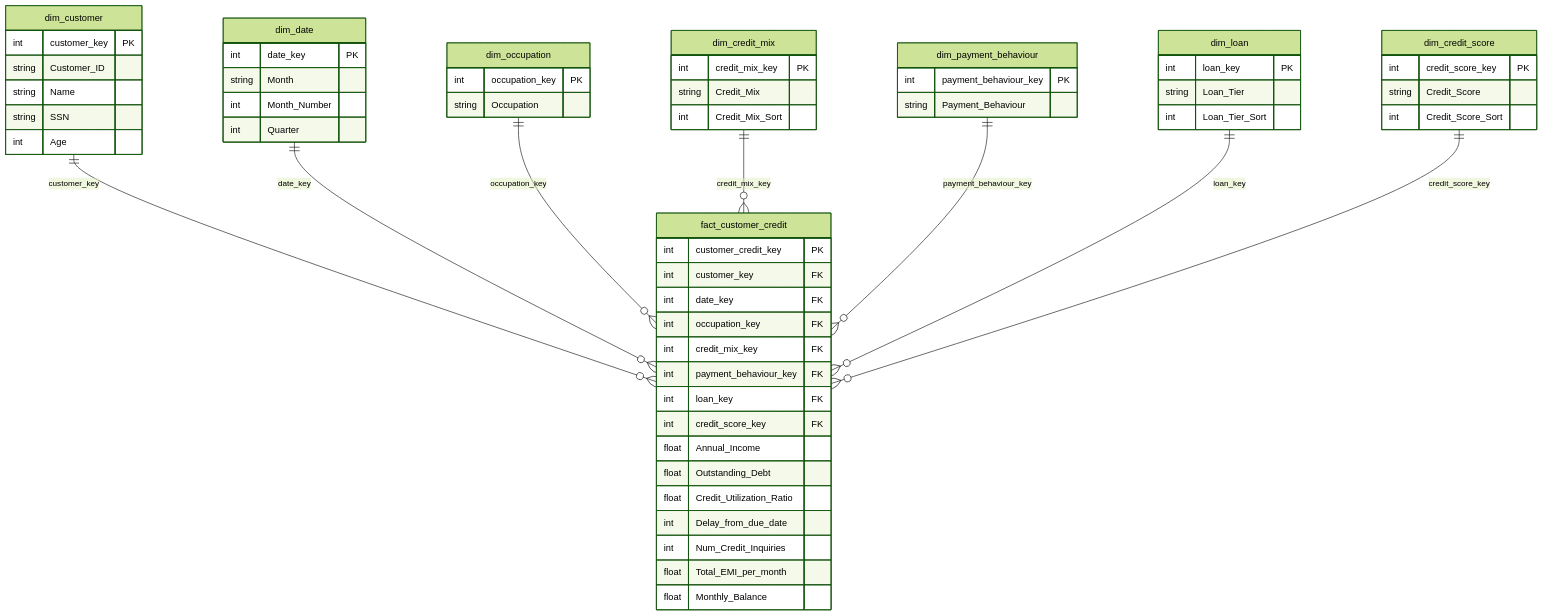
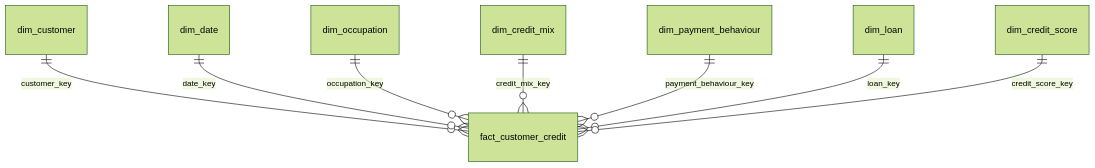
Before and after one commit to anumodit740/Financial-Credit-Risk-Analytics: the second of 2 diagrams in README.md, drawn with Mermaid (forest theme). The commit also changed other lines of this file, not shown here.

````diff
--- a/README.md
+++ b/README.md
@@ -102,64 +215,11 @@
 ```mermaid
 erDiagram
-    dim_customer ||--o{ fact_customer_credit : customer_key
-    dim_date ||--o{ fact_customer_credit : date_key
-    dim_occupation ||--o{ fact_customer_credit : occupation_key
-    dim_credit_mix ||--o{ fact_customer_credit : credit_mix_key
-    dim_payment_behaviour ||--o{ fact_customer_credit : payment_behaviour_key
-    dim_loan ||--o{ fact_customer_credit : loan_key
-    dim_credit_score ||--o{ fact_customer_credit : credit_score_key
 
-    dim_customer {
-        int customer_key PK
-        string Customer_ID
-        string Name
-        string SSN
-        int Age
-    }
-    dim_date {
-        int date_key PK
-        string Month
-        int Month_Number
-        int Quarter
-    }
-    dim_occupation {
-        int occupation_key PK
-        string Occupation
-    }
-    dim_credit_mix {
-        int credit_mix_key PK
-        string Credit_Mix
-        int Credit_Mix_Sort
-    }
-    dim_payment_behaviour {
-        int payment_behaviour_key PK
-        string Payment_Behaviour
-    }
-    dim_loan {
-        int loan_key PK
-        string Loan_Tier
-        int Loan_Tier_Sort
-    }
-    dim_credit_score {
-        int credit_score_key PK
-        string Credit_Score
-        int Credit_Score_Sort
-    }
-    fact_customer_credit {
-        int customer_credit_key PK
-        int customer_key FK
-        int date_key FK
-        int occupation_key FK
-        int credit_mix_key FK
-        int payment_behaviour_key FK
-        int loan_key FK
-        int credit_score_key FK
-        float Annual_Income
-        float Outstanding_Debt
-        float Credit_Utilization_Ratio
-        int Delay_from_due_date
-        int Num_Credit_Inquiries
-        float Total_EMI_per_month
-        float Monthly_Balance
-    }
+dim_customer ||--o{ fact_customer_credit : customer_key
+dim_date ||--o{ fact_customer_credit : date_key
+dim_occupation ||--o{ fact_customer_credit : occupation_key
+dim_credit_mix ||--o{ fact_customer_credit : credit_mix_key
+dim_payment_behaviour ||--o{ fact_customer_credit : payment_behaviour_key
+dim_loan ||--o{ fact_customer_credit : loan_key
+dim_credit_score ||--o{ fact_customer_credit : credit_score_key
 ```
````
